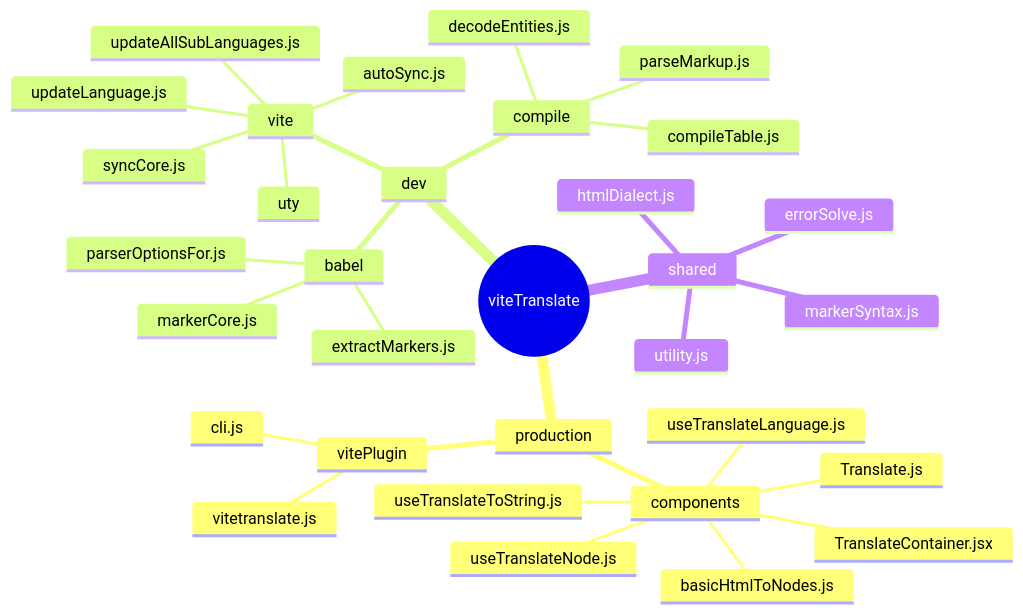
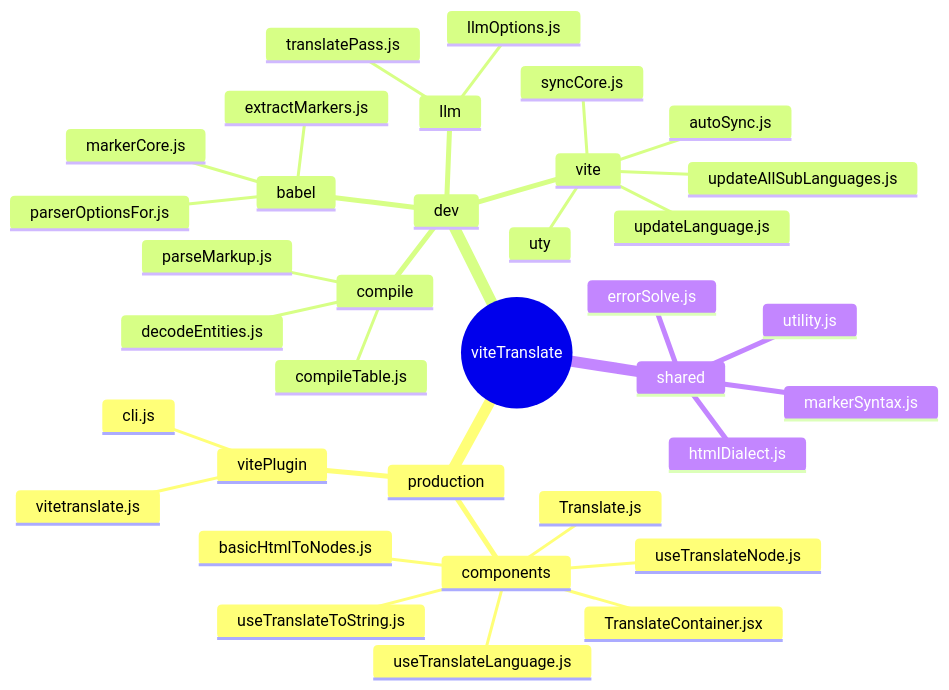
One commit to sepoina/viteTranslate changed the second of 9 diagrams in doc/structure.md. Above: the diagram before and after it, drawn with Mermaid. The commit also changed other lines of this file and 51 other files, not shown here.

````diff
--- a/doc/structure.md
+++ b/doc/structure.md
@@ -82,35 +83,38 @@
 ```mermaid
 mindmap
   root((viteTranslate))
     production
       components
         TranslateContainer.jsx
         Translate.js
         useTranslateLanguage.js
         useTranslateToString.js
         useTranslateNode.js
         basicHtmlToNodes.js
       vitePlugin
         vitetranslate.js
         cli.js
     dev
       babel
         markerCore.js
         extractMarkers.js
         parserOptionsFor.js
       compile
         compileTable.js
         parseMarkup.js
         decodeEntities.js
       vite
         updateLanguage.js
         updateAllSubLanguages.js
         syncCore.js
         autoSync.js
         uty
+      llm
+        llmOptions.js
+        translatePass.js
     shared
       htmlDialect.js
       errorSolve.js
       markerSyntax.js
       utility.js
 ```
````
